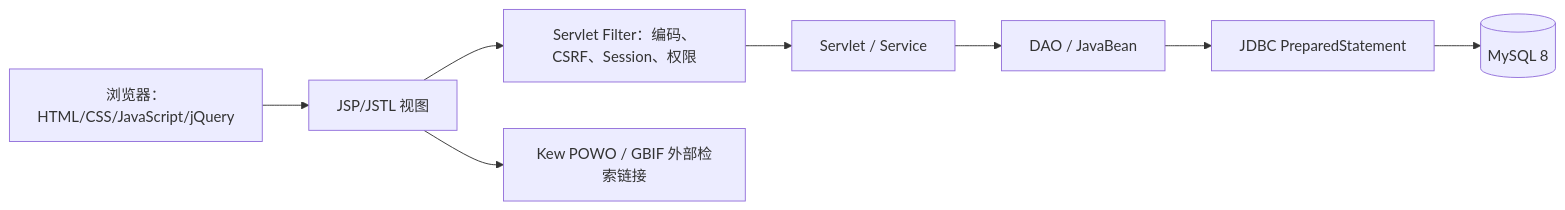
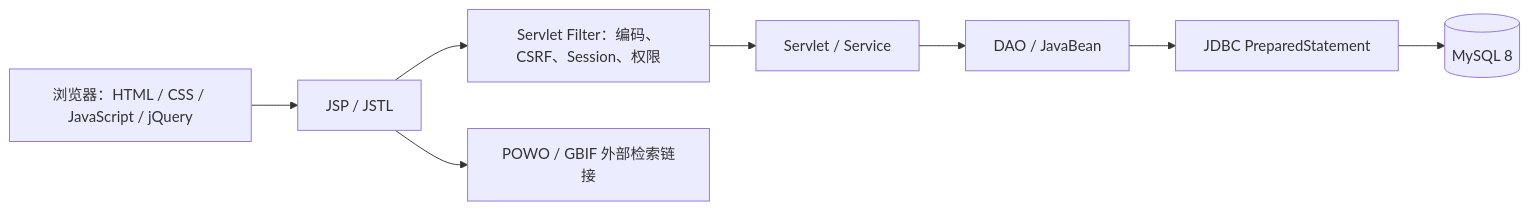
Before and after one commit to zhichengYellow/Search-for-non-oil-crops: the diagram in docs/PROJECT_PRESENTATION.md, drawn with Mermaid. The commit also changed other lines of this file and 85 other files, not shown here.

````diff
--- a/docs/PROJECT_PRESENTATION.md
+++ b/docs/PROJECT_PRESENTATION.md
@@ -11,10 +11,10 @@
 ```mermaid
 flowchart LR
-  U[浏览器：HTML/CSS/JavaScript/jQuery] --> V[JSP/JSTL 视图]
+  U[浏览器：HTML / CSS / JavaScript / jQuery] --> V[JSP / JSTL]
   V --> F[Servlet Filter：编码、CSRF、Session、权限]
   F --> S[Servlet / Service]
   S --> D[DAO / JavaBean]
   D --> J[JDBC PreparedStatement]
   J --> M[(MySQL 8)]
-  V --> K[Kew POWO / GBIF 外部检索链接]
+  V --> K[POWO / GBIF 外部检索链接]
 ```
````
